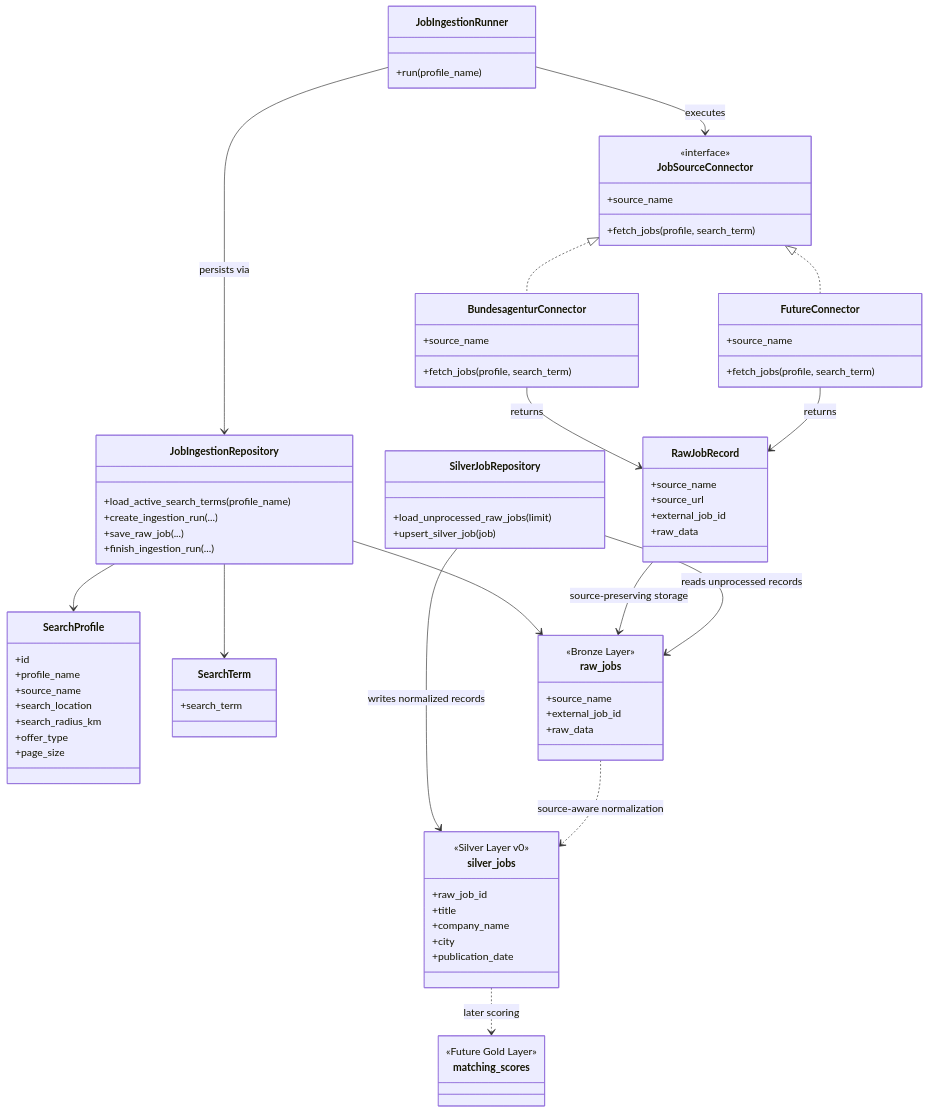
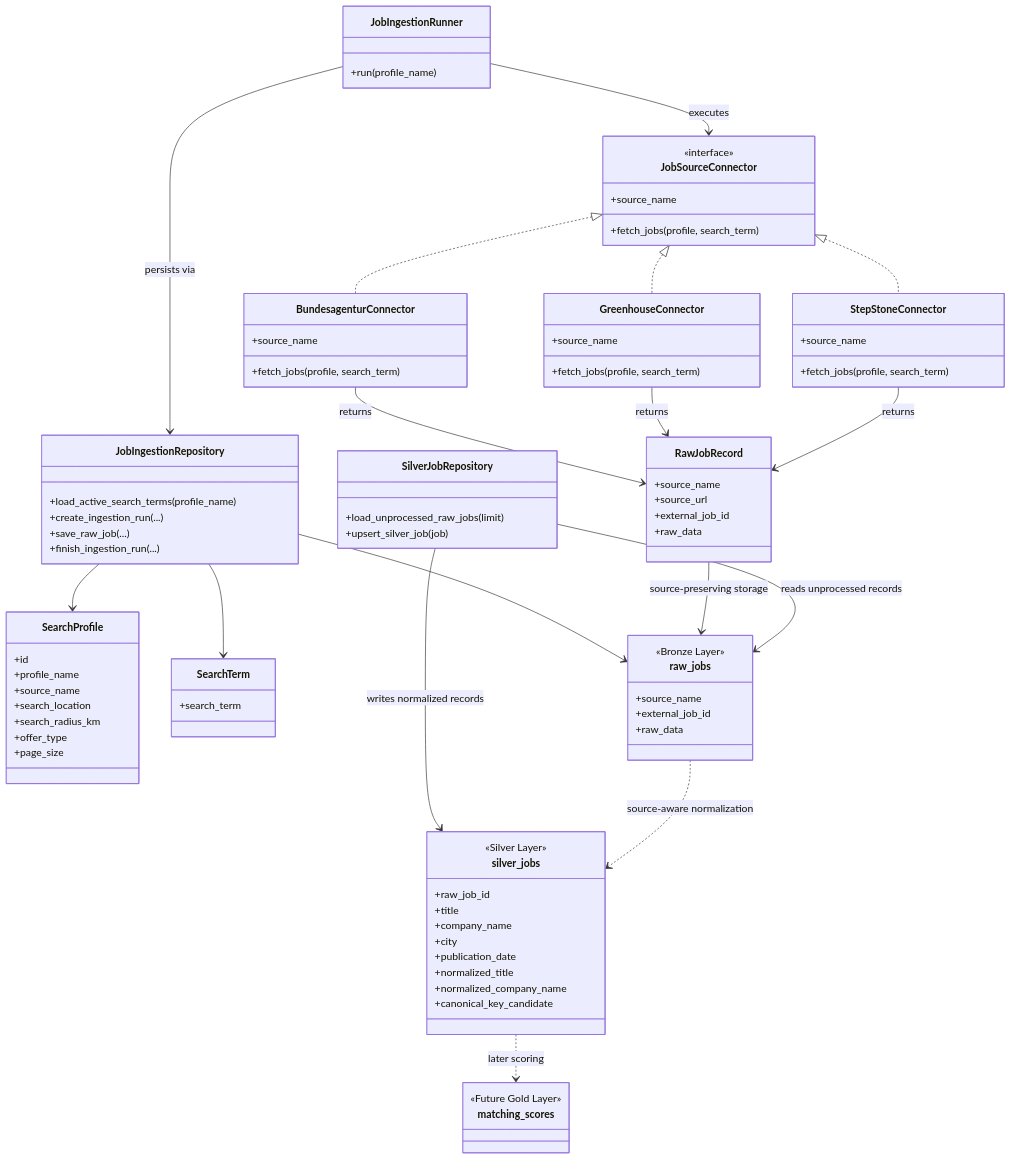
One commit to jenshaberle-dotcom/job-application-pipeline changed the diagram in docs/diagrams/architecture.md. Above: the diagram before and after it, drawn with Mermaid. The commit also changed other lines of this file and 13 other files, not shown here.

```diff
--- a/docs/diagrams/architecture.md
+++ b/docs/diagrams/architecture.md
@@ -13,7 +13,12 @@
         +fetch_jobs(profile, search_term)
     }
 
-    class FutureConnector {
+    class GreenhouseConnector {
+        +source_name
+        +fetch_jobs(profile, search_term)
+    }
+
+    class StepStoneConnector {
         +source_name
         +fetch_jobs(profile, search_term)
     }
@@ -63,12 +68,15 @@
     }
 
     class silver_jobs {
-        <<Silver Layer v0>>
+        <<Silver Layer>>
         +raw_job_id
         +title
         +company_name
         +city
         +publication_date
+        +normalized_title
+        +normalized_company_name
+        +canonical_key_candidate
     }
 
     class matching_scores {
@@ -76,7 +84,8 @@
     }
 
     JobSourceConnector <|.. BundesagenturConnector
-    JobSourceConnector <|.. FutureConnector
+    JobSourceConnector <|.. GreenhouseConnector
+    JobSourceConnector <|.. StepStoneConnector
 
     JobIngestionRunner --> JobSourceConnector : executes
     JobIngestionRunner --> JobIngestionRepository : persists via
@@ -86,7 +95,8 @@
     JobIngestionRepository --> raw_jobs
 
     BundesagenturConnector --> RawJobRecord : returns
-    FutureConnector --> RawJobRecord : returns
+    GreenhouseConnector --> RawJobRecord : returns
+    StepStoneConnector --> RawJobRecord : returns
 
     RawJobRecord --> raw_jobs : source-preserving storage
 
```
